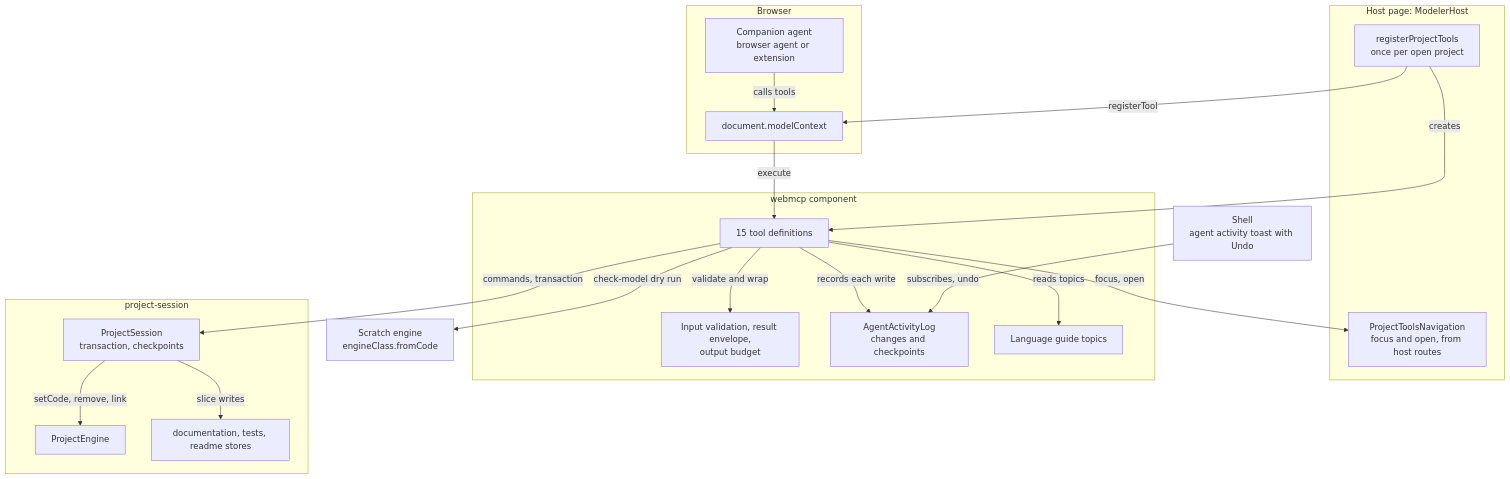
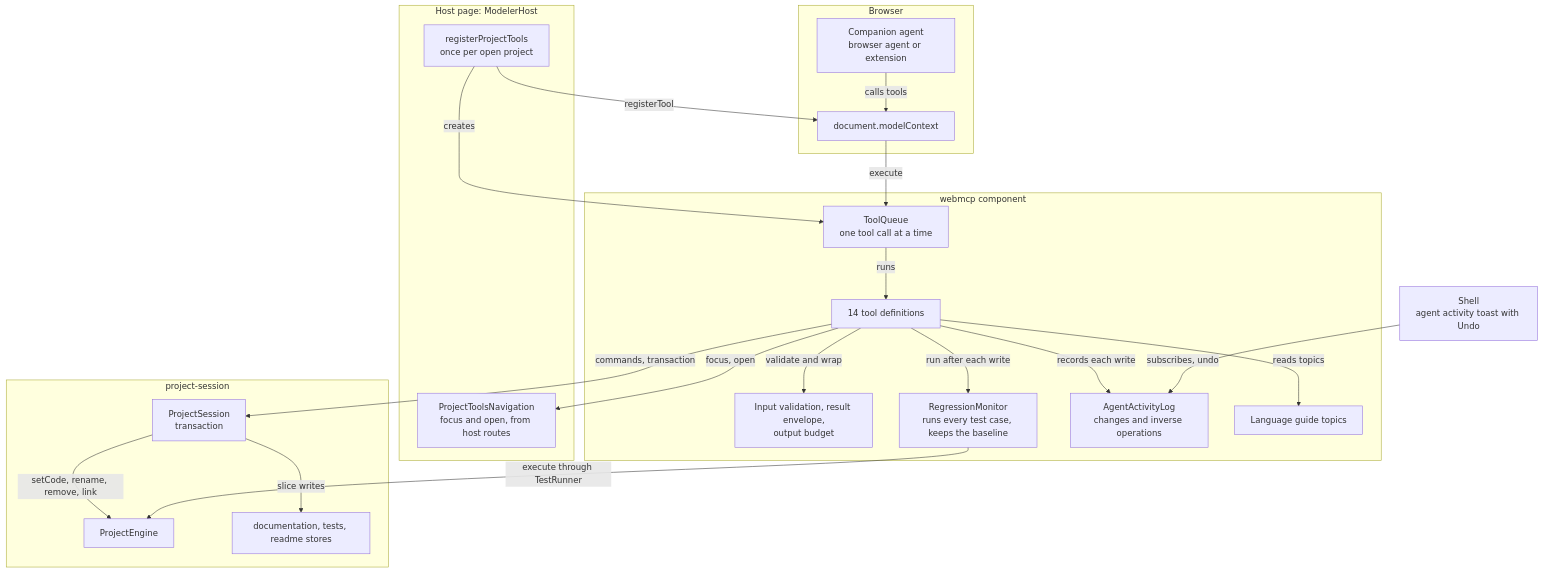
Before and after one commit to rimvydasb/edgerules-modeler: the second of 5 diagrams in docs/stories/webmcp-story.md, drawn with Mermaid. The commit also changed other lines of this file and 1 other file, not shown here.

````diff
--- a/docs/stories/webmcp-story.md
+++ b/docs/stories/webmcp-story.md
@@ -52,42 +89,45 @@
 ```mermaid
 flowchart TB
   subgraph browser["Browser"]
     Agent["Companion agent<br/>browser agent or extension"]
     MC["document.modelContext"]
   end
 
   subgraph host["Host page: ModelerHost"]
     Reg["registerProjectTools<br/>once per open project"]
     Nav["ProjectToolsNavigation<br/>focus and open, from host routes"]
   end
 
   subgraph webmcp["webmcp component"]
-    Tools["15 tool definitions"]
+    Tools["14 tool definitions"]
+    Queue["ToolQueue<br/>one tool call at a time"]
     Guard["Input validation, result envelope,<br/>output budget"]
-    Log["AgentActivityLog<br/>changes and checkpoints"]
+    Reg2["RegressionMonitor<br/>runs every test case, keeps the baseline"]
+    Log["AgentActivityLog<br/>changes and inverse operations"]
     Guide["Language guide topics"]
   end
 
   subgraph session["project-session"]
-    PS["ProjectSession<br/>transaction, checkpoints"]
+    PS["ProjectSession<br/>transaction"]
     Eng["ProjectEngine"]
     Stores["documentation, tests, readme stores"]
   end
 
   Shell["Shell<br/>agent activity toast with Undo"]
-  Scratch["Scratch engine<br/>engineClass.fromCode"]
 
   Agent -->|"calls tools"| MC
-  MC -->|"execute"| Tools
+  MC -->|"execute"| Queue
+  Queue -->|"runs"| Tools
   Reg -->|"registerTool"| MC
-  Reg -->|"creates"| Tools
+  Reg -->|"creates"| Queue
   Tools -->|"validate and wrap"| Guard
   Tools -->|"commands, transaction"| PS
-  PS -->|"setCode, remove, link"| Eng
+  PS -->|"setCode, rename, remove, link"| Eng
   PS -->|"slice writes"| Stores
-  Tools -->|"check-model dry run"| Scratch
+  Tools -->|"run after each write"| Reg2
+  Reg2 -->|"execute through TestRunner"| Eng
   Tools -->|"records each write"| Log
   Tools -->|"focus, open"| Nav
   Tools -->|"reads topics"| Guide
   Shell -->|"subscribes, undo"| Log
 ```
````
